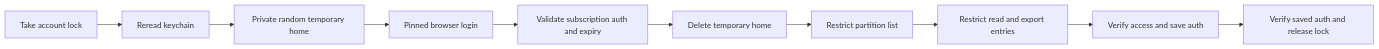
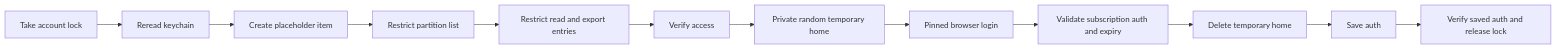
One commit to ophis/agent-pm changed the second of 6 diagrams in docs/docker-codex.md. Above: the diagram before and after it, drawn with Mermaid. The commit also changed other lines of this file and 2 other files, not shown here.

````diff
--- a/docs/docker-codex.md
+++ b/docs/docker-codex.md
@@ -60,12 +60,14 @@
 ```mermaid
 flowchart LR
     L[Take account lock] --> R[Reread keychain]
-    R --> H[Private random temporary home]
+    R --> N[Create placeholder item]
+    N --> P[Restrict partition list]
+    P --> A[Restrict read and export entries]
+    A --> T[Verify access]
+    T --> H[Private random temporary home]
     H --> B[Pinned browser login]
     B --> V[Validate subscription auth and expiry]
     V --> D[Delete temporary home]
-    D --> P[Restrict partition list]
-    P --> A[Restrict read and export entries]
-    A --> C[Verify access and save auth]
+    D --> C[Save auth]
     C --> U[Verify saved auth and release lock]
 ```
````
